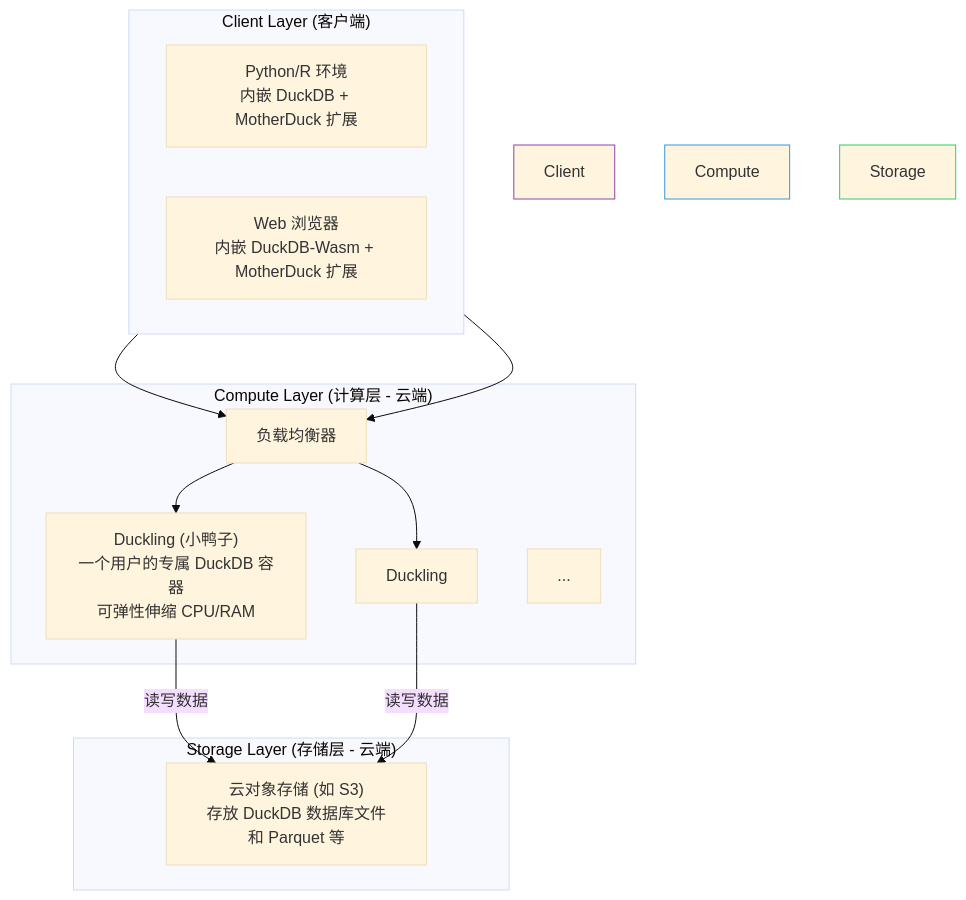
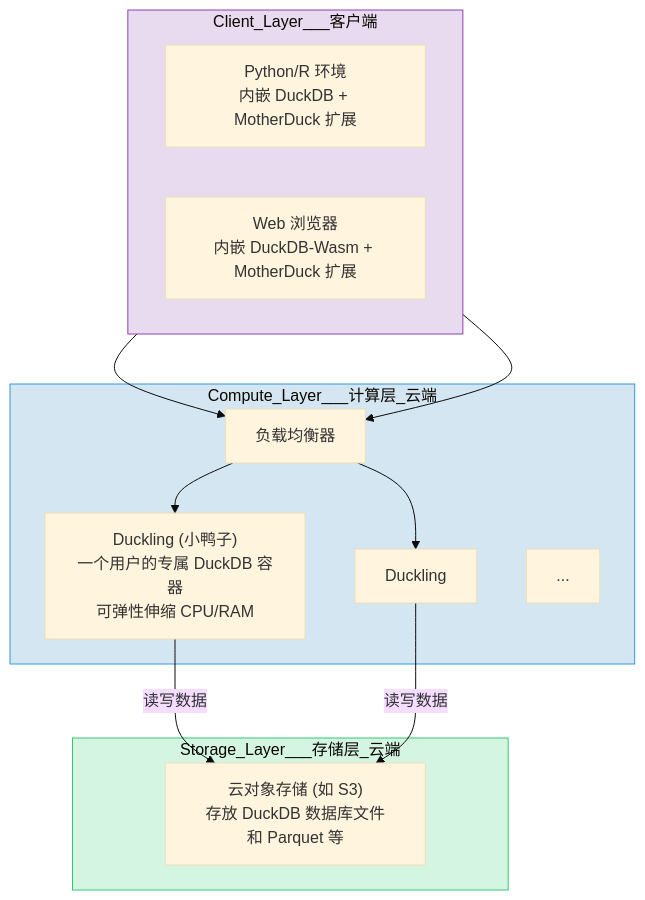
Before and after one commit to digoal/blog: the fifth of 6 diagrams in 202507/20250714_02.md, drawn with Mermaid (base theme). The commit also changed other lines of this file, not shown here.

````diff
--- a/202507/20250714_02.md
+++ b/202507/20250714_02.md
@@ -283,30 +283,30 @@
 ```mermaid
 graph TD
-    subgraph "Client Layer (客户端)"
+    subgraph "Client_Layer___客户端"
         direction LR
         A[Python/R 环境<br>内嵌 DuckDB + MotherDuck 扩展]
         B[Web 浏览器<br>内嵌 DuckDB-Wasm + MotherDuck 扩展]
     end
 
-    subgraph "Compute Layer (计算层 - 云端)"
+    subgraph "Compute_Layer___计算层_云端"
         C[负载均衡器]
         D["Duckling (小鸭子)<br>一个用户的专属 DuckDB 容器<br>可弹性伸缩 CPU/RAM"]
         E["Duckling"]
         F["..."]
     end
     
-    subgraph "Storage Layer (存储层 - 云端)"
+    subgraph "Storage_Layer___存储层_云端"
         G["云对象存储 (如 S3)<br>存放 DuckDB 数据库文件和 Parquet 等"]
     end
     
     A --> C;
     B --> C;
     C --> D;
     C --> E;
     D -- 读写数据 --> G;
     E -- 读写数据 --> G;
 
-    style Client Layer fill:#E8DAEF,stroke:#8E44AD
-    style Compute Layer fill:#D4E6F1,stroke:#3498DB
-    style Storage Layer fill:#D5F5E3,stroke:#2ECC71
+    style Client_Layer___客户端 fill:#E8DAEF,stroke:#8E44AD
+    style Compute_Layer___计算层_云端 fill:#D4E6F1,stroke:#3498DB
+    style Storage_Layer___存储层_云端 fill:#D5F5E3,stroke:#2ECC71
 ```
````
